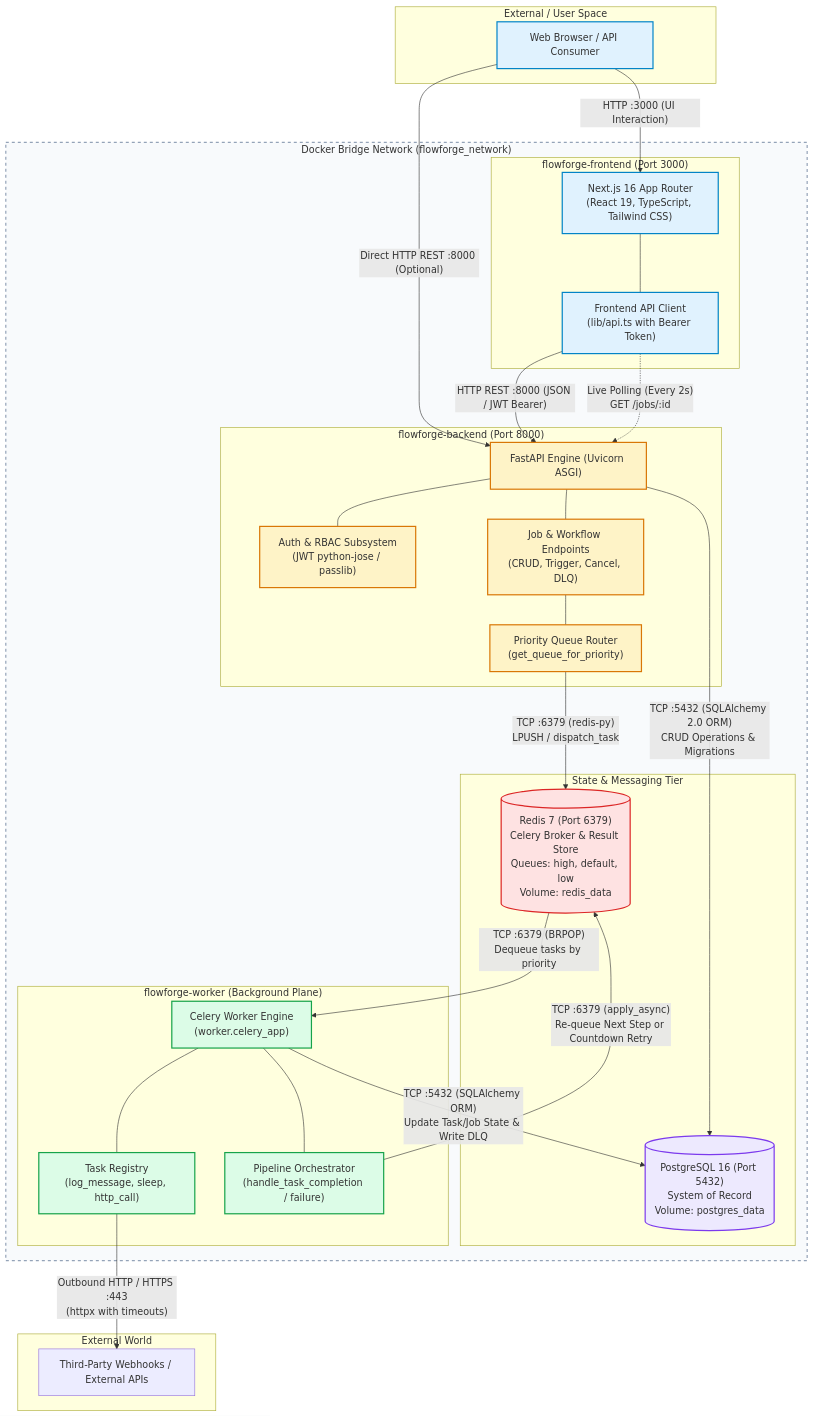
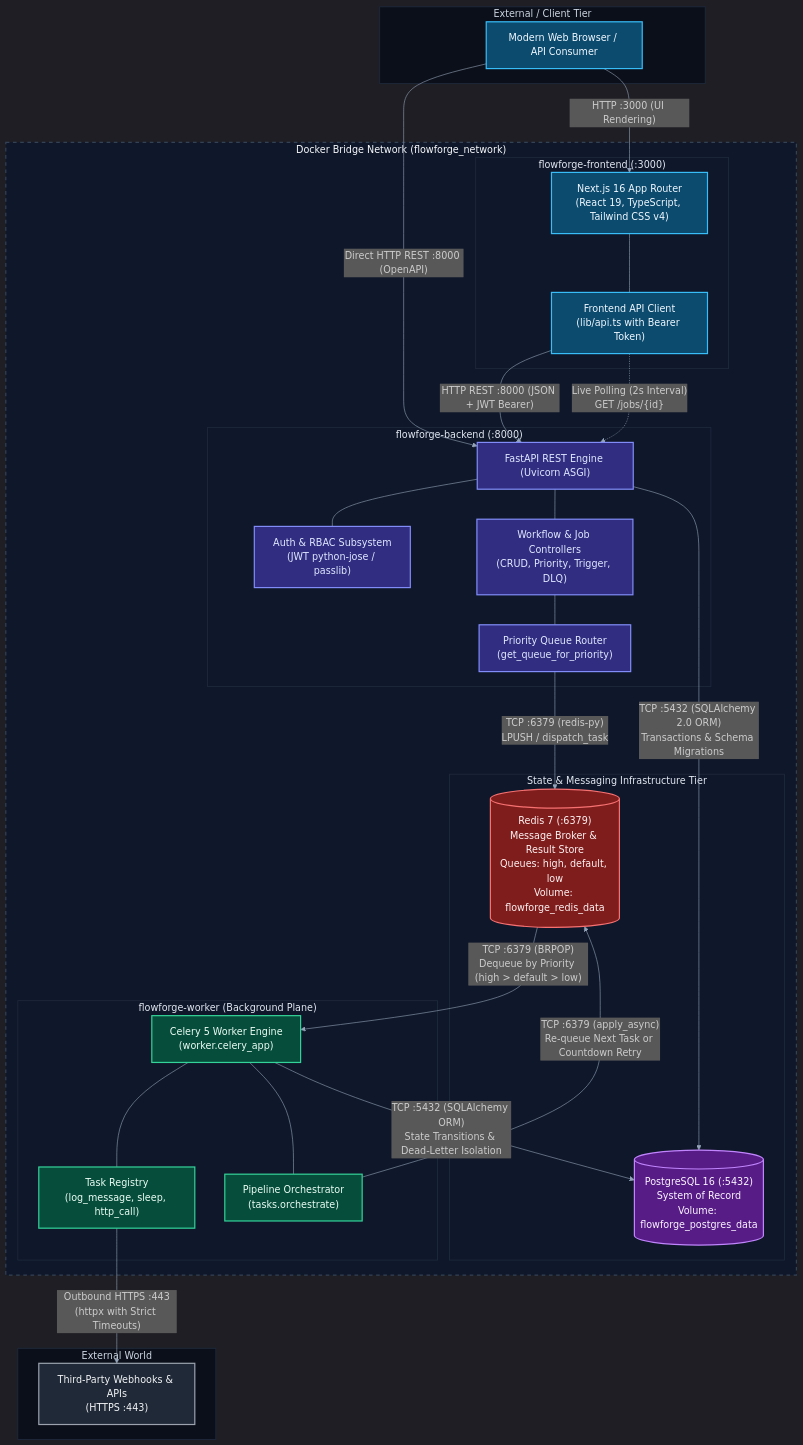
The first of 3 diagrams in docs/01-introduction/architecture-diagram.md (chandadiya2004/FlowForge), drawn with Mermaid before and after one commit. The commit also changed other lines of this file, not shown here.

Commit message:
docs: add system architecture diagram and component specification documentation

````diff
--- a/docs/01-introduction/architecture-diagram.md
+++ b/docs/01-introduction/architecture-diagram.md
@@ -11,67 +11,88 @@
 ```mermaid
+%%{init: {
+  'theme': 'dark',
+  'themeVariables': {
+    'darkMode': true,
+    'background': '#0b0f19',
+    'mainBkg': '#0f172a',
+    'primaryColor': '#1e293b',
+    'primaryTextColor': '#f8fafc',
+    'primaryBorderColor': '#38bdf8',
+    'lineColor': '#94a3b8',
+    'secondaryColor': '#0f172a',
+    'tertiaryColor': '#1e293b'
+  }
+}}%%
 flowchart TB
-    classDef client fill:#e0f2fe,stroke:#0284c7,stroke-width:2px;
-    classDef api fill:#fef3c7,stroke:#d97706,stroke-width:2px;
-    classDef broker fill:#fee2e2,stroke:#dc2626,stroke-width:2px;
-    classDef worker fill:#dcfce7,stroke:#16a34a,stroke-width:2px;
-    classDef storage fill:#ede9fe,stroke:#7c3aed,stroke-width:2px;
+    classDef client fill:#0c4a6e,stroke:#38bdf8,stroke-width:2px,color:#f0f9ff;
+    classDef api fill:#312e81,stroke:#818cf8,stroke-width:2px,color:#e0e7ff;
+    classDef broker fill:#7f1d1d,stroke:#f87171,stroke-width:2px,color:#fef2f2;
+    classDef worker fill:#064e3b,stroke:#34d399,stroke-width:2px,color:#ecfdf5;
+    classDef storage fill:#581c87,stroke:#c084fc,stroke-width:2px,color:#faf5ff;
+    classDef external fill:#1f2937,stroke:#9ca3af,stroke-width:2px,color:#f3f4f6;
 
-    subgraph UserSpace["External / User Space"]
-        Browser["Web Browser / API Consumer"]:::client
+    subgraph UserSpace["External / Client Tier"]
+        Browser["Modern Web Browser / API Consumer"]:::client
     end
 
     subgraph DockerNetwork["Docker Bridge Network (flowforge_network)"]
-        subgraph FrontendContainer["flowforge-frontend (Port 3000)"]
-            NextApp["Next.js 16 App Router\n(React 19, TypeScript, Tailwind CSS)"]:::client
+        subgraph FrontendContainer["flowforge-frontend (:3000)"]
+            NextApp["Next.js 16 App Router\n(React 19, TypeScript, Tailwind CSS v4)"]:::client
             APIClient["Frontend API Client\n(lib/api.ts with Bearer Token)"]:::client
         end
 
-        subgraph BackendContainer["flowforge-backend (Port 8000)"]
-            FastAPIEngine["FastAPI Engine (Uvicorn ASGI)"]:::api
+        subgraph BackendContainer["flowforge-backend (:8000)"]
+            FastAPIEngine["FastAPI REST Engine (Uvicorn ASGI)"]:::api
             AuthModule["Auth & RBAC Subsystem\n(JWT python-jose / passlib)"]:::api
-            JobAPIs["Job & Workflow Endpoints\n(CRUD, Trigger, Cancel, DLQ)"]:::api
+            JobAPIs["Workflow & Job Controllers\n(CRUD, Priority, Trigger, DLQ)"]:::api
             PriorityRouter["Priority Queue Router\n(get_queue_for_priority)"]:::api
         end
 
-        subgraph DataTier["State & Messaging Tier"]
-            PostgresDB[("PostgreSQL 16 (Port 5432)\nSystem of Record\nVolume: postgres_data")]:::storage
-            RedisBroker[("Redis 7 (Port 6379)\nCelery Broker & Result Store\nQueues: high, default, low\nVolume: redis_data")]:::broker
+        subgraph DataTier["State & Messaging Infrastructure Tier"]
+            PostgresDB[("PostgreSQL 16 (:5432)\nSystem of Record\nVolume: flowforge_postgres_data")]:::storage
+            RedisBroker[("Redis 7 (:6379)\nMessage Broker & Result Store\nQueues: high, default, low\nVolume: flowforge_redis_data")]:::broker
         end
 
         subgraph WorkerContainer["flowforge-worker (Background Plane)"]
-            CeleryWorker["Celery Worker Engine\n(worker.celery_app)"]:::worker
+            CeleryWorker["Celery 5 Worker Engine\n(worker.celery_app)"]:::worker
             HandlerRegistry["Task Registry\n(log_message, sleep, http_call)"]:::worker
-            Orchestrator["Pipeline Orchestrator\n(handle_task_completion / failure)"]:::worker
+            Orchestrator["Pipeline Orchestrator\n(tasks.orchestrate)"]:::worker
         end
     end
 
     subgraph ExternalServices["External World"]
-        RemoteEndpoints["Third-Party Webhooks / External APIs"]
+        RemoteEndpoints["Third-Party Webhooks & APIs\n(HTTPS :443)"]:::external
     end
 
-    %% External to Container
-    Browser -->|"HTTP :3000 (UI Interaction)"| NextApp
-    Browser -->|"Direct HTTP REST :8000 (Optional)"| FastAPIEngine
+    %% Client Interactions
+    Browser -->|"HTTP :3000 (UI Rendering)"| NextApp
+    Browser -->|"Direct HTTP REST :8000 (OpenAPI)"| FastAPIEngine
 
     %% Frontend to Backend
     NextApp --- APIClient
-    APIClient -->|"HTTP REST :8000 (JSON / JWT Bearer)"| FastAPIEngine
-    APIClient -.->|"Live Polling (Every 2s)\nGET /jobs/:id"| FastAPIEngine
+    APIClient -->|"HTTP REST :8000 (JSON + JWT Bearer)"| FastAPIEngine
+    APIClient -.->|"Live Polling (2s Interval)\nGET /jobs/{id}"| FastAPIEngine
 
-    %% Backend Internals & Outbound
+    %% Backend Internals & Persistence
     FastAPIEngine --- AuthModule
     FastAPIEngine --- JobAPIs
     JobAPIs --- PriorityRouter
-    FastAPIEngine -->|"TCP :5432 (SQLAlchemy 2.0 ORM)\nCRUD Operations & Migrations"| PostgresDB
+    FastAPIEngine -->|"TCP :5432 (SQLAlchemy 2.0 ORM)\nTransactions & Schema Migrations"| PostgresDB
     PriorityRouter -->|"TCP :6379 (redis-py)\nLPUSH / dispatch_task"| RedisBroker
 
-    %% Worker Connections
-    RedisBroker -->|"TCP :6379 (BRPOP)\nDequeue tasks by priority"| CeleryWorker
+    %% Worker Execution
+    RedisBroker -->|"TCP :6379 (BRPOP)\nDequeue by Priority (high > default > low)"| CeleryWorker
     CeleryWorker --- HandlerRegistry
     CeleryWorker --- Orchestrator
-    CeleryWorker -->|"TCP :5432 (SQLAlchemy ORM)\nUpdate Task/Job State & Write DLQ"| PostgresDB
-    Orchestrator -->|"TCP :6379 (apply_async)\nRe-queue Next Step or Countdown Retry"| RedisBroker
-    HandlerRegistry -->|"Outbound HTTP / HTTPS :443\n(httpx with timeouts)"| RemoteEndpoints
+    CeleryWorker -->|"TCP :5432 (SQLAlchemy ORM)\nState Transitions & Dead-Letter Isolation"| PostgresDB
+    Orchestrator -->|"TCP :6379 (apply_async)\nRe-queue Next Task or Countdown Retry"| RedisBroker
+    HandlerRegistry -->|"Outbound HTTPS :443\n(httpx with Strict Timeouts)"| RemoteEndpoints
 
-    style DockerNetwork fill:#f8fafc,stroke:#94a3b8,stroke-width:2px,stroke-dasharray: 5 5
+    style DockerNetwork fill:#0f172a,stroke:#334155,stroke-width:2px,stroke-dasharray: 6 6,color:#f8fafc
+    style UserSpace fill:#0b0f19,stroke:#1e293b,stroke-width:1.5px,color:#cbd5e1
+    style FrontendContainer fill:#0f172a,stroke:#1e293b,stroke-width:1.5px,color:#e2e8f0
+    style BackendContainer fill:#0f172a,stroke:#1e293b,stroke-width:1.5px,color:#e2e8f0
+    style DataTier fill:#0f172a,stroke:#1e293b,stroke-width:1.5px,color:#e2e8f0
+    style WorkerContainer fill:#0f172a,stroke:#1e293b,stroke-width:1.5px,color:#e2e8f0
+    style ExternalServices fill:#0b0f19,stroke:#1e293b,stroke-width:1.5px,color:#cbd5e1
 ```
````
